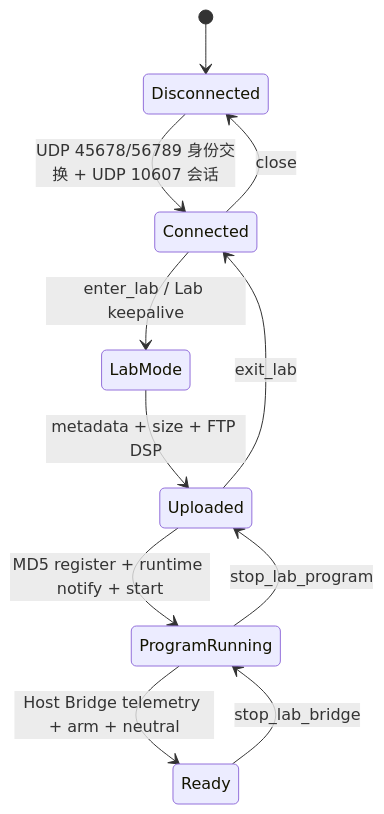
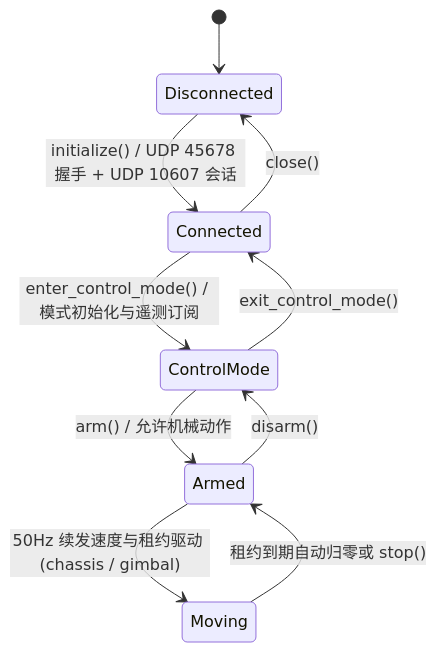
The third of 3 diagrams in docs/architecture.md (elonzh/hanppie), drawn with Mermaid before and after one commit. The commit also changed other lines of this file and 91 other files, not shown here.

````diff
--- a/docs/architecture.md
+++ b/docs/architecture.md
@@ -435,13 +336,12 @@
 ```mermaid
 stateDiagram-v2
     [*] --> Disconnected
-    Disconnected --> Connected: UDP 45678/56789 身份交换 + UDP 10607 会话
-    Connected --> LabMode: enter_lab / Lab keepalive
-    LabMode --> Uploaded: metadata + size + FTP DSP
-    Uploaded --> ProgramRunning: MD5 register + runtime notify + start
-    ProgramRunning --> Ready: Host Bridge telemetry + arm + neutral
-    Ready --> ProgramRunning: stop_lab_bridge
-    ProgramRunning --> Uploaded: stop_lab_program
-    Uploaded --> Connected: exit_lab
-    Connected --> Disconnected: close
+    Disconnected --> Connected: initialize() / UDP 45678 握手 + UDP 10607 会话
+    Connected --> ControlMode: enter_control_mode() / 模式初始化与遥测订阅
+    ControlMode --> Armed: arm() / 允许机械动作
+    Armed --> Moving: 50Hz 续发速度与租约驱动 (chassis / gimbal)
+    Moving --> Armed: 租约到期自动归零或 stop()
+    Armed --> ControlMode: disarm()
+    ControlMode --> Connected: exit_control_mode()
+    Connected --> Disconnected: close()
 ```
````
